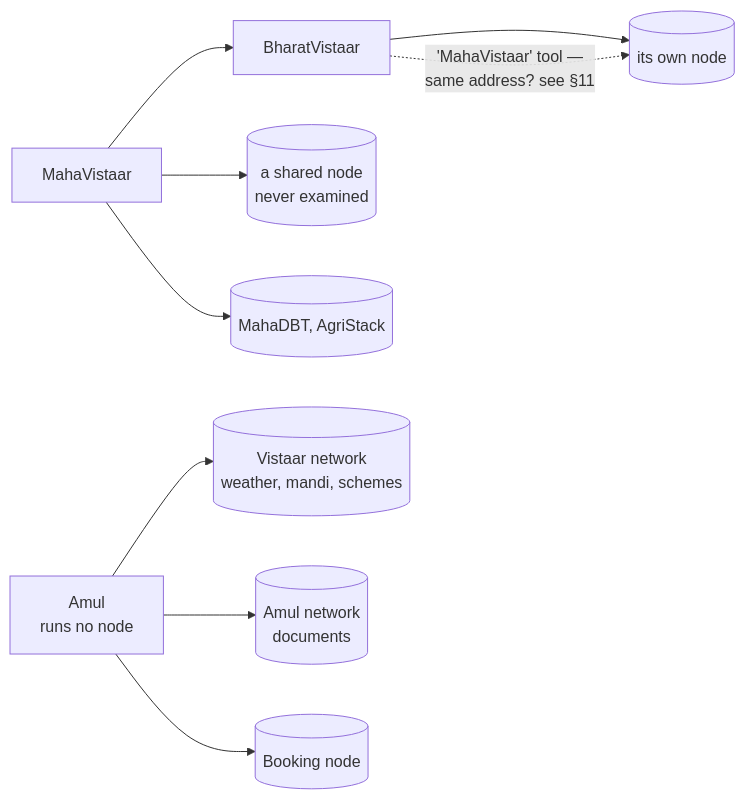
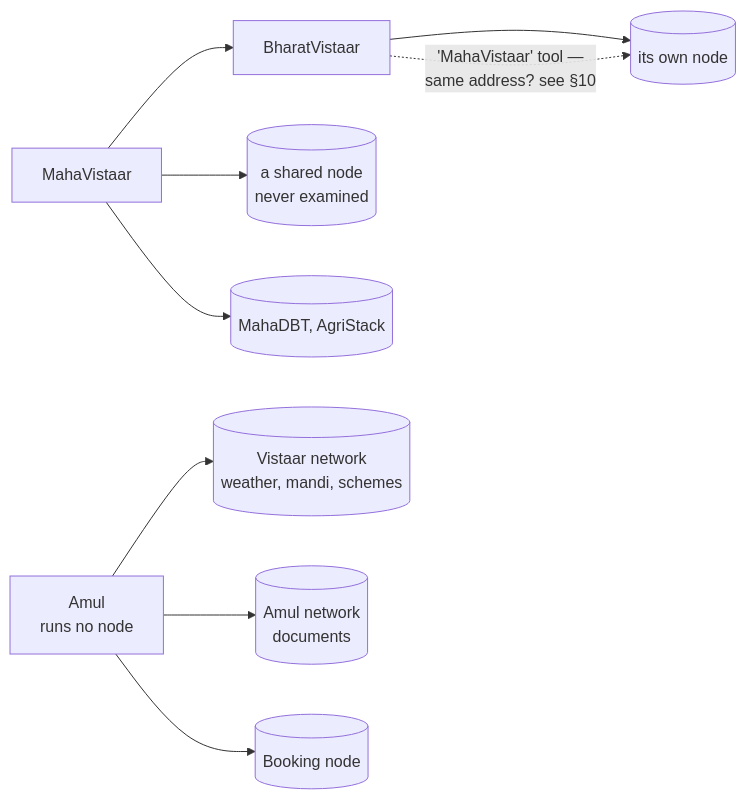
Before and after one commit to manjudr/documents: the ninth of 9 diagrams in ARCHITECTURE.md, drawn with Mermaid. The commit also changed other lines of this file and 2 other files, not shown here.

First line of the commit message:
Rewrite publish and discover as points, diagrams and worked examples

````diff
--- a/ARCHITECTURE.md
+++ b/ARCHITECTURE.md
@@ -312,13 +521,13 @@
 ```mermaid
 graph LR
   BV["BharatVistaar"] --> BVN[("its own node")]
-  BV -.->|"'MahaVistaar' tool —<br/>same address? see §11"| BVN
+  BV -.->|"'MahaVistaar' tool —<br/>same address? see §10"| BVN
 
   MV["MahaVistaar"] --> SH[("a shared node<br/>never examined")]
   MV --> BV
   MV --> DBT[("MahaDBT, AgriStack")]
 
   AM["Amul<br/>runs no node"] --> VN[("Vistaar network<br/>weather, mandi, schemes")]
   AM --> AN[("Amul network<br/>documents")]
   AM --> AB[("Booking node")]
 ```
````
